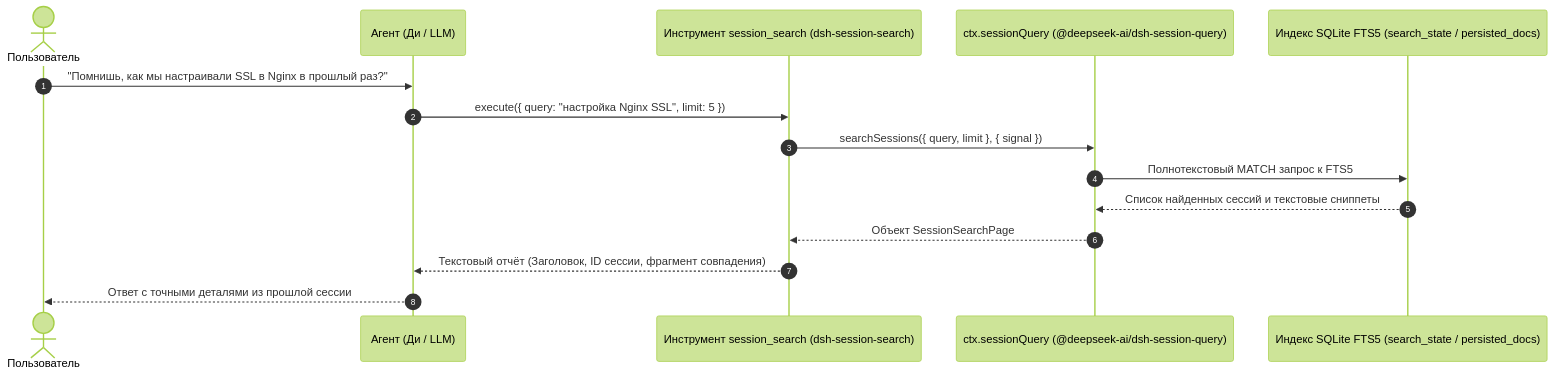
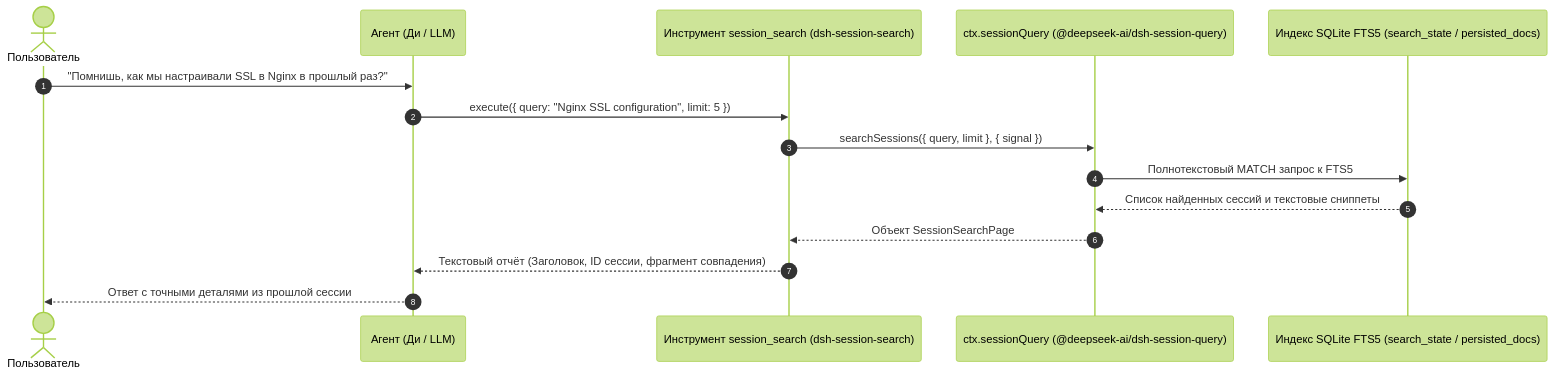
The diagram in README.ru.md (GooDAnDReaDY/dsh-session-search), drawn with Mermaid (forest theme) before and after one commit. The commit also changed other lines of this file and 8 other files, not shown here.

````diff
--- a/README.ru.md
+++ b/README.ru.md
@@ -41,18 +41,18 @@
 ```mermaid
 sequenceDiagram
     autonumber
     actor User as Пользователь
     participant Agent as Агент (Ди / LLM)
     participant Tool as Инструмент session_search (dsh-session-search)
     participant Core as ctx.sessionQuery (@deepseek-ai/dsh-session-query)
     participant DB as Индекс SQLite FTS5 (search_state / persisted_docs)
 
     User->>Agent: "Помнишь, как мы настраивали SSL в Nginx в прошлый раз?"
-    Agent->>Tool: execute({ query: "настройка Nginx SSL", limit: 5 })
+    Agent->>Tool: execute({ query: "Nginx SSL configuration", limit: 5 })
     Tool->>Core: searchSessions({ query, limit }, { signal })
     Core->>DB: Полнотекстовый MATCH запрос к FTS5
     DB-->>Core: Список найденных сессий и текстовые сниппеты
     Core-->>Tool: Объект SessionSearchPage
     Tool-->>Agent: Текстовый отчёт (Заголовок, ID сессии, фрагмент совпадения)
     Agent-->>User: Ответ с точными деталями из прошлой сессии
 ```
````
